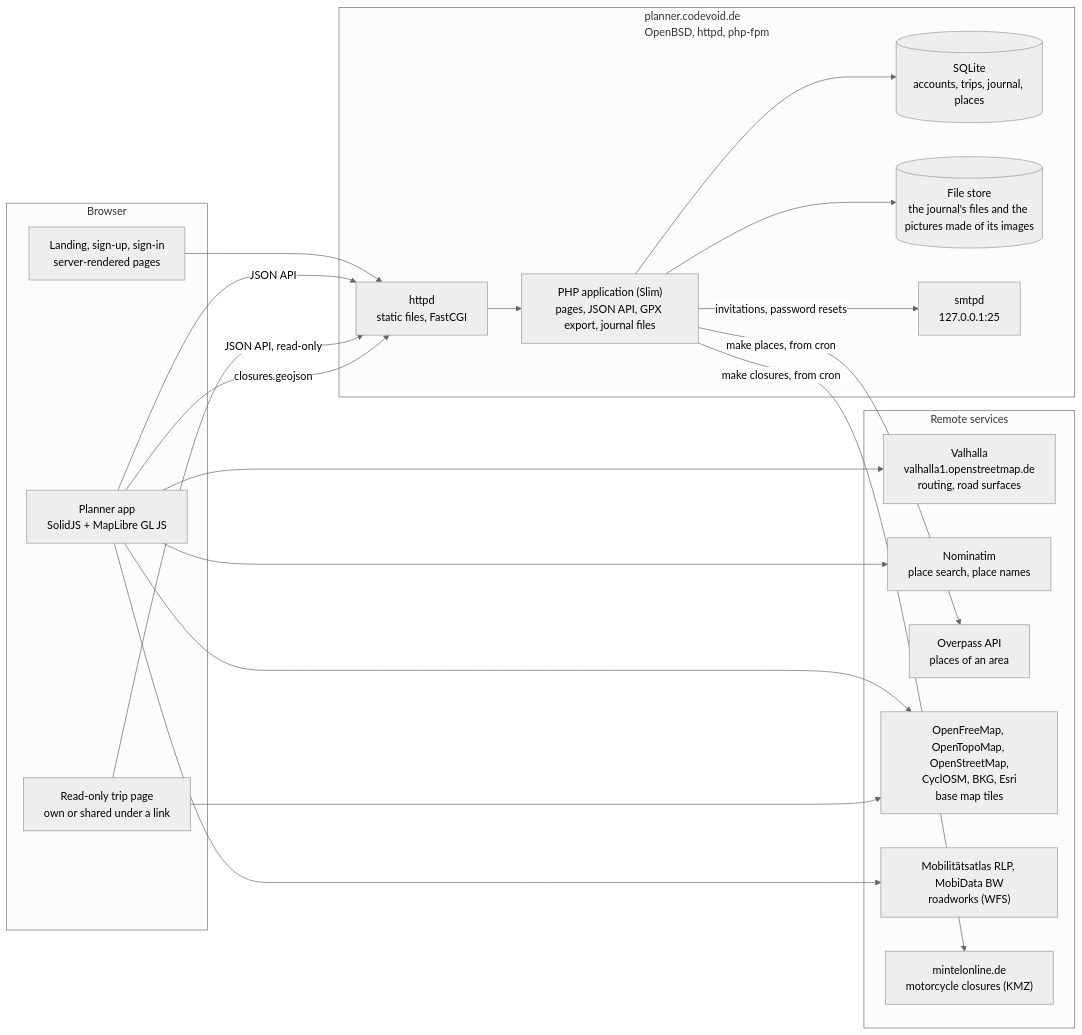
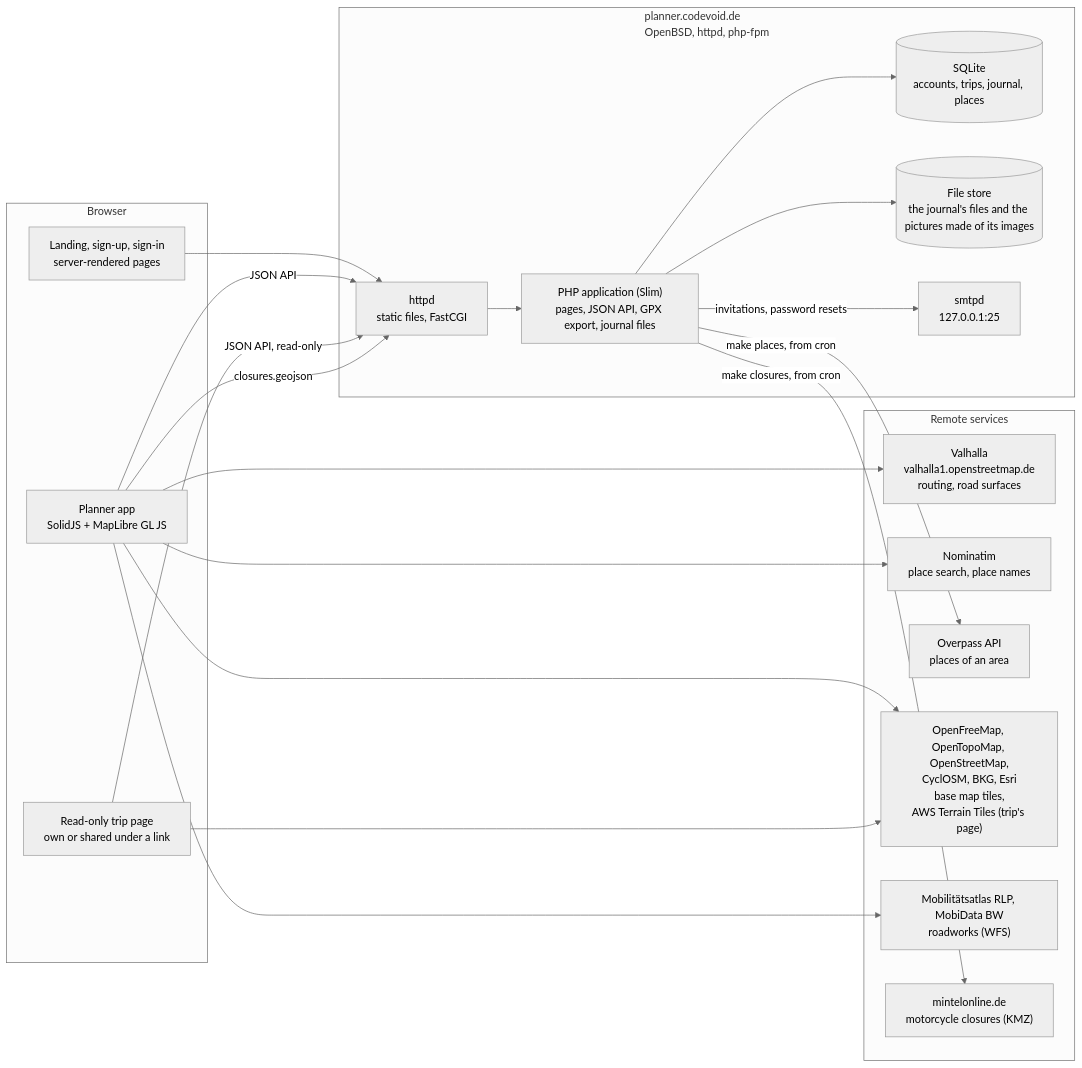
The first of 3 diagrams in .github/architecture.md (c0dev0id/TripPlanner), drawn with Mermaid (neutral theme) before and after one commit. The commit also changed 7 other files, not shown here.

First line of the commit message:
Raise the ground under a sky on the trip's page

````diff
--- a/.github/architecture.md
+++ b/.github/architecture.md
@@ -8,38 +8,38 @@
 ```mermaid
 flowchart LR
   subgraph browser["Browser"]
     pages["Landing, sign-up, sign-in<br/>server-rendered pages"]
     app["Planner app<br/>SolidJS + MapLibre GL JS"]
     view["Read-only trip page<br/>own or shared under a link"]
   end
   subgraph server["planner.codevoid.de<br/>OpenBSD, httpd, php-fpm"]
     httpd["httpd<br/>static files, FastCGI"]
     php["PHP application (Slim)<br/>pages, JSON API, GPX export, journal files"]
     db[("SQLite<br/>accounts, trips, journal, places")]
     files[("File store<br/>the journal's files and the pictures made of its images")]
     smtpd["smtpd<br/>127.0.0.1:25"]
   end
   subgraph remote["Remote services"]
     valhalla["Valhalla<br/>valhalla1.openstreetmap.de<br/>routing, road surfaces"]
     nominatim["Nominatim<br/>place search, place names"]
     overpass["Overpass API<br/>places of an area"]
-    tiles["OpenFreeMap, OpenTopoMap, OpenStreetMap,<br/>CyclOSM, BKG, Esri<br/>base map tiles"]
+    tiles["OpenFreeMap, OpenTopoMap, OpenStreetMap,<br/>CyclOSM, BKG, Esri<br/>base map tiles,<br/>AWS Terrain Tiles (trip's page)"]
     roadworks["Mobilitätsatlas RLP, MobiData BW<br/>roadworks (WFS)"]
     closures["mintelonline.de<br/>motorcycle closures (KMZ)"]
   end
   pages --> httpd
   app -->|JSON API| httpd
   view -->|JSON API, read-only| httpd
   httpd --> php
   php --> db
   php --> files
   php -->|invitations, password resets| smtpd
   app --> valhalla
   app --> nominatim
   php -->|make places, from cron| overpass
   app --> tiles
   app --> roadworks
   php -->|make closures, from cron| closures
   app -->|closures.geojson| httpd
   view --> tiles
 ```
````
